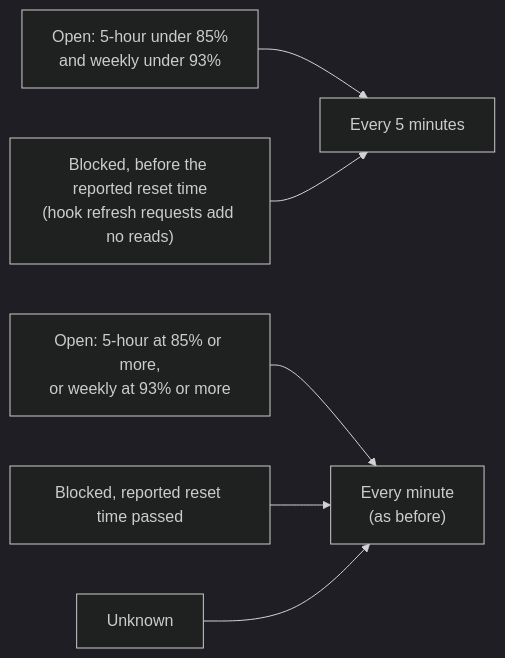
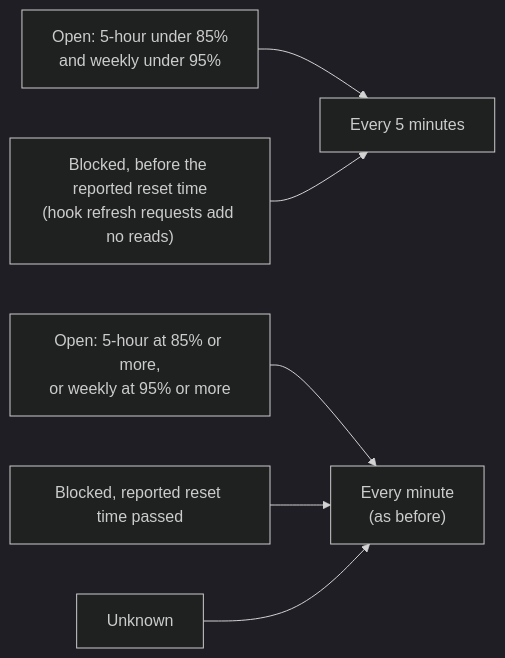
Before and after one commit to dhruvil009/QuotaSentry: the fourth of 19 diagrams in ENFORCEMENT_FLOW.md, drawn with Mermaid (dark theme). The commit also changed other lines of this file and 1 other file, not shown here.

First line of the commit message:
Record the 95% weekly minute-read level

````diff
--- a/ENFORCEMENT_FLOW.md
+++ b/ENFORCEMENT_FLOW.md
@@ -190,8 +191,8 @@
 ```mermaid
 flowchart LR
-    O1["Open: 5-hour under 85%<br/>and weekly under 93%"] --> S["Every 5 minutes"]
+    O1["Open: 5-hour under 85%<br/>and weekly under 95%"] --> S["Every 5 minutes"]
     B1["Blocked, before the reported reset time<br/>(hook refresh requests add no reads)"] --> S
-    O2["Open: 5-hour at 85% or more,<br/>or weekly at 93% or more"] --> F["Every minute<br/>(as before)"]
+    O2["Open: 5-hour at 85% or more,<br/>or weekly at 95% or more"] --> F["Every minute<br/>(as before)"]
     B2["Blocked, reported reset time passed"] --> F
     U["Unknown"] --> F
 ```
````
